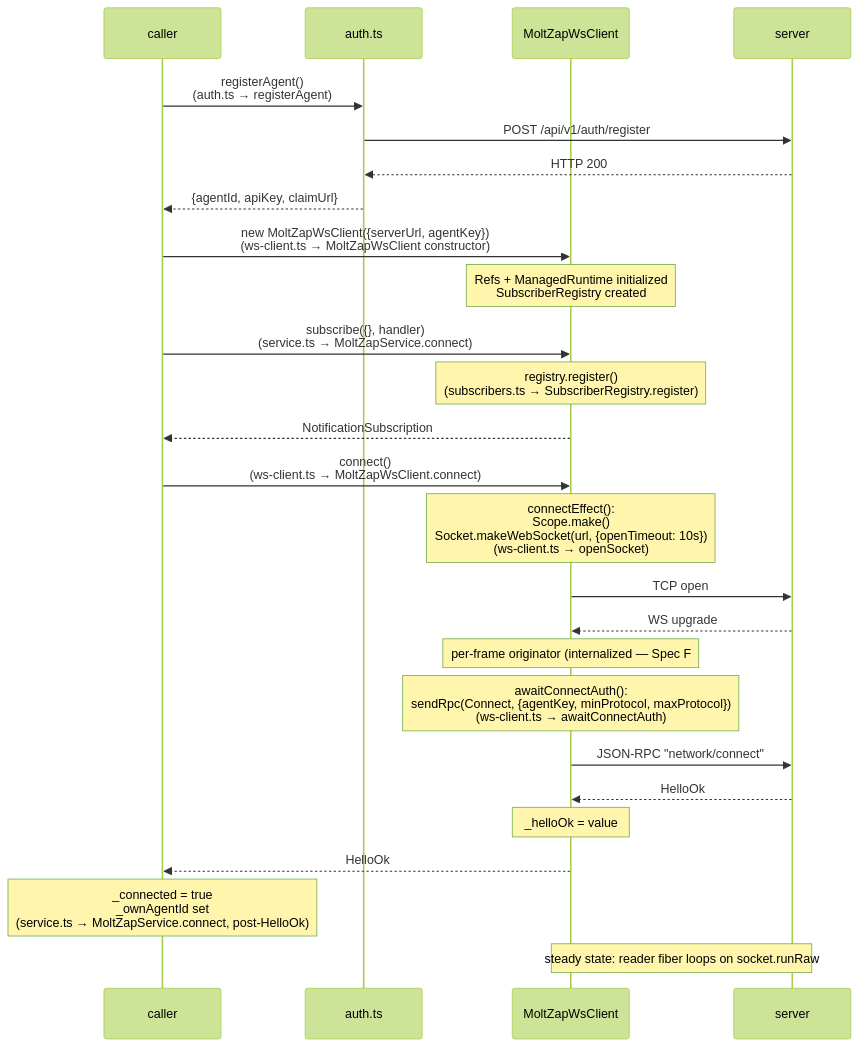
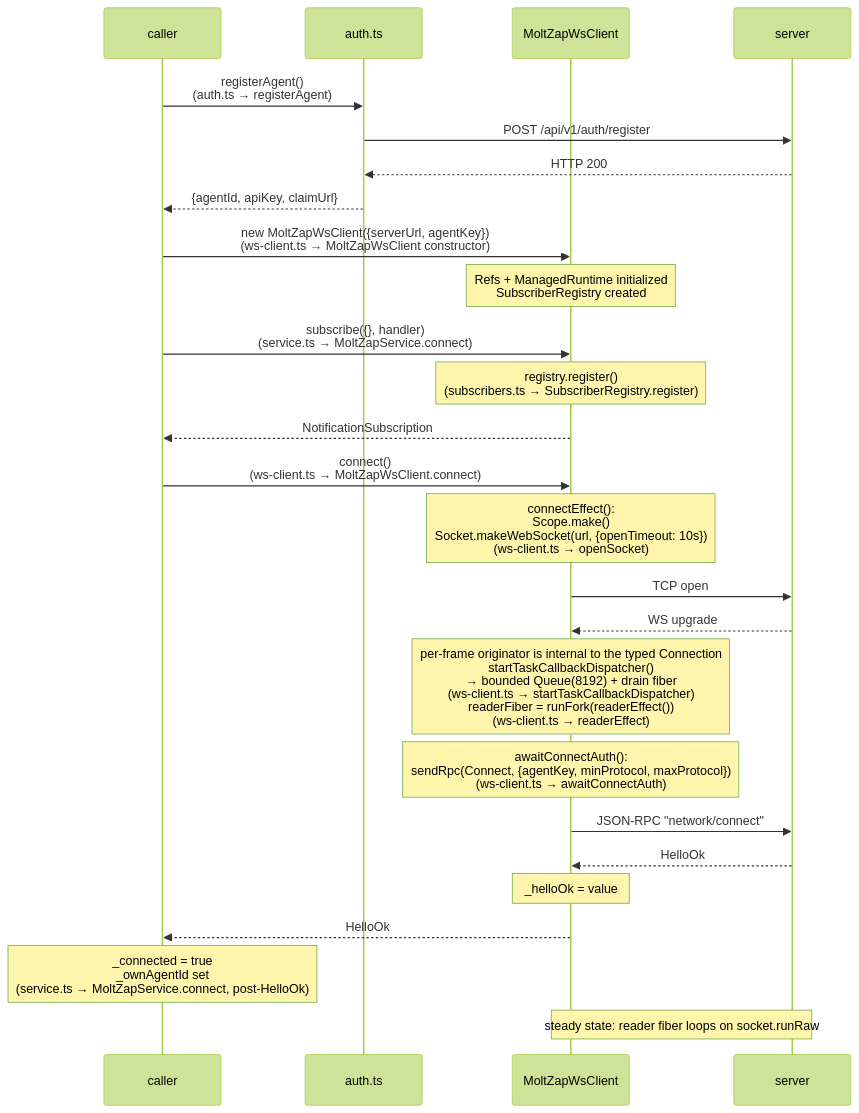
The first of 2 diagrams in packages/client/docs/architecture/01-connection-lifecycle.md (chughtapan/moltzap), drawn with Mermaid (forest theme) before and after one commit. The commit also changed other lines of this file and 12 other files, not shown here.

````diff
--- a/packages/client/docs/architecture/01-connection-lifecycle.md
+++ b/packages/client/docs/architecture/01-connection-lifecycle.md
@@ -9,34 +9,34 @@
 ```mermaid
 sequenceDiagram
     participant caller
     participant auth as auth.ts
     participant wsClient as MoltZapWsClient
     participant server
 
     caller->>auth: registerAgent()<br>(auth.ts → registerAgent)
     auth->>server: POST /api/v1/auth/register
     server-->>auth: HTTP 200
     auth-->>caller: {agentId, apiKey, claimUrl}
 
     caller->>wsClient: new MoltZapWsClient({serverUrl, agentKey})<br>(ws-client.ts → MoltZapWsClient constructor)
     Note over wsClient: Refs + ManagedRuntime initialized<br>SubscriberRegistry created
 
     caller->>wsClient: subscribe({}, handler)<br>(service.ts → MoltZapService.connect)
     Note over wsClient: registry.register()<br>(subscribers.ts → SubscriberRegistry.register)
     wsClient-->>caller: NotificationSubscription
 
     caller->>wsClient: connect()<br>(ws-client.ts → MoltZapWsClient.connect)
     Note over wsClient: connectEffect():<br>Scope.make()<br>Socket.makeWebSocket(url, {openTimeout: 10s})<br>(ws-client.ts → openSocket)
     wsClient->>server: TCP open
     server-->>wsClient: WS upgrade
-    Note over wsClient: per-frame originator (internalized — Spec F #617)<br>startTaskCallbackDispatcher()<br>→ bounded Queue(8192) + drain fiber<br>(ws-client.ts → startTaskCallbackDispatcher)<br>readerFiber = runFork(readerEffect())<br>(ws-client.ts → readerEffect)
+    Note over wsClient: per-frame originator is internal to the typed Connection<br>startTaskCallbackDispatcher()<br>→ bounded Queue(8192) + drain fiber<br>(ws-client.ts → startTaskCallbackDispatcher)<br>readerFiber = runFork(readerEffect())<br>(ws-client.ts → readerEffect)
 
     Note over wsClient: awaitConnectAuth():<br>sendRpc(Connect, {agentKey, minProtocol, maxProtocol})<br>(ws-client.ts → awaitConnectAuth)
     wsClient->>server: JSON-RPC "network/connect"
     server-->>wsClient: HelloOk
     Note over wsClient: _helloOk = value
     wsClient-->>caller: HelloOk
     Note over caller: _connected = true<br>_ownAgentId set<br>(service.ts → MoltZapService.connect, post-HelloOk)
 
     Note over wsClient,server: steady state: reader fiber loops on socket.runRaw
 ```
````
